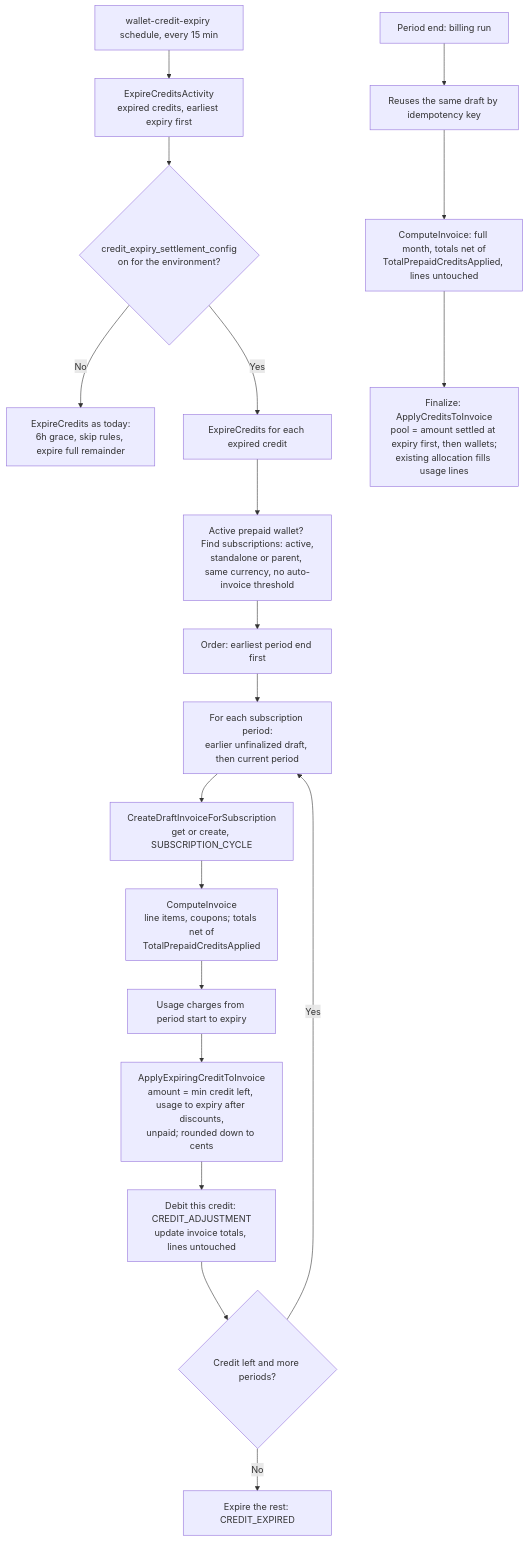
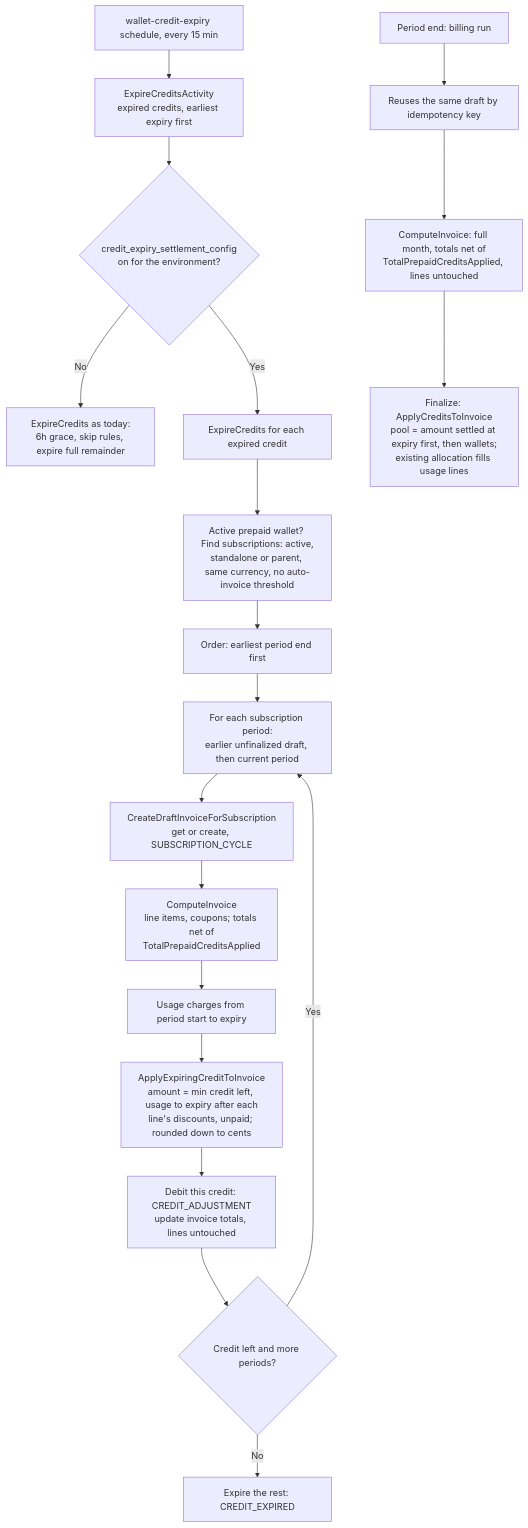
The diagram in docs/design/2026-09-26-mid-period-credit-expiry.md (flexprice/flexprice), drawn with Mermaid before and after one commit. The commit also changed other lines of this file and 4 other files, not shown here.

First line of the commit message:
fix(wallet): price usage before expiry with each line's own discounts

````diff
--- a/docs/design/2026-09-26-mid-period-credit-expiry.md
+++ b/docs/design/2026-09-26-mid-period-credit-expiry.md
@@ -53,22 +53,22 @@
 ```mermaid
 flowchart TD
     A[wallet-credit-expiry schedule, every 15 min] --> B[ExpireCreditsActivity<br/>expired credits, earliest expiry first]
     B --> C{credit_expiry_settlement_config<br/>on for the environment?}
     C -- No --> Z[ExpireCredits as today:<br/>6h grace, skip rules, expire full remainder]
     C -- Yes --> D[ExpireCredits for each expired credit]
     D --> E[Active prepaid wallet? Find subscriptions: active,<br/>standalone or parent, same currency, no auto-invoice threshold]
     E --> F[Order: earliest period end first]
     F --> G[For each subscription period:<br/>earlier unfinalized draft, then current period]
     G --> H[CreateDraftInvoiceForSubscription<br/>get or create, SUBSCRIPTION_CYCLE]
     H --> I[ComputeInvoice<br/>line items, coupons; totals net of<br/>TotalPrepaidCreditsApplied]
     I --> J[Usage charges from period start to expiry]
-    J --> K[ApplyExpiringCreditToInvoice<br/>amount = min credit left, usage to expiry after discounts,<br/>unpaid; rounded down to cents]
+    J --> K[ApplyExpiringCreditToInvoice<br/>amount = min credit left, usage to expiry after each<br/>line's discounts, unpaid; rounded down to cents]
     K --> L[Debit this credit: CREDIT_ADJUSTMENT<br/>update invoice totals, lines untouched]
     L --> M{Credit left and more periods?}
     M -- Yes --> G
     M -- No --> N[Expire the rest: CREDIT_EXPIRED]
 
     P[Period end: billing run] --> Q[Reuses the same draft by idempotency key]
     Q --> R[ComputeInvoice: full month, totals net of<br/>TotalPrepaidCreditsApplied, lines untouched]
     R --> S[Finalize: ApplyCreditsToInvoice<br/>pool = amount settled at expiry first, then wallets;<br/>existing allocation fills usage lines]
 ```
````
